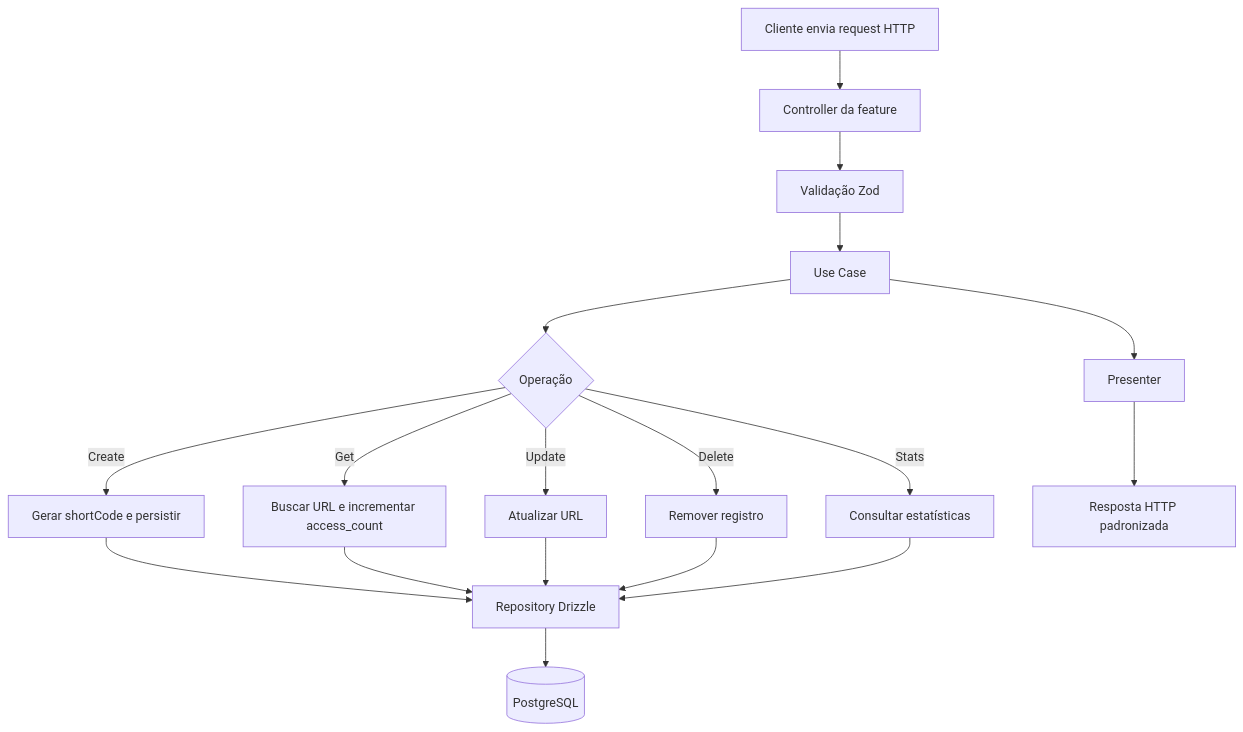
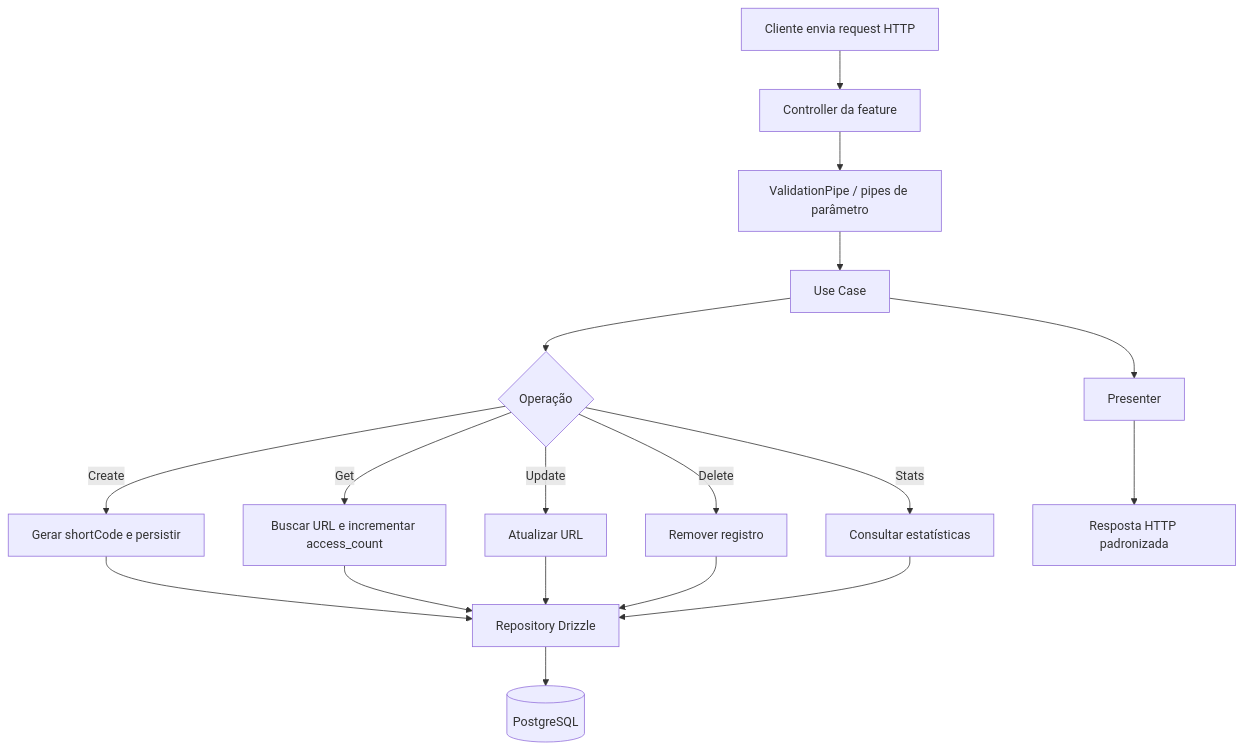
Before and after one commit to joisiney/short-url-api: the seventh of 7 diagrams in docs/planejamento_feature_url_shortener_c_4.md, drawn with Mermaid. The commit also changed other lines of this file and 1 other file, not shown here.

First line of the commit message:
docs: update validation architecture from zod to DTO pipes

````diff
--- a/docs/planejamento_feature_url_shortener_c_4.md
+++ b/docs/planejamento_feature_url_shortener_c_4.md
@@ -1308,20 +1303,20 @@
 ```mermaid
 flowchart TD
     A[Cliente envia request HTTP] --> B[Controller da feature]
-    B --> C[Validação Zod]
+    B --> C[ValidationPipe / pipes de parâmetro]
     C --> D[Use Case]
     D --> E{Operação}
     E -->|Create| F[Gerar shortCode e persistir]
     E -->|Get| G[Buscar URL e incrementar access_count]
     E -->|Update| H[Atualizar URL]
     E -->|Delete| I[Remover registro]
     E -->|Stats| J[Consultar estatísticas]
     F --> K[Repository Drizzle]
     G --> K
     H --> K
     I --> K
     J --> K
     K --> L[(PostgreSQL)]
     D --> M[Presenter]
     M --> N[Resposta HTTP padronizada]
 ```
````
